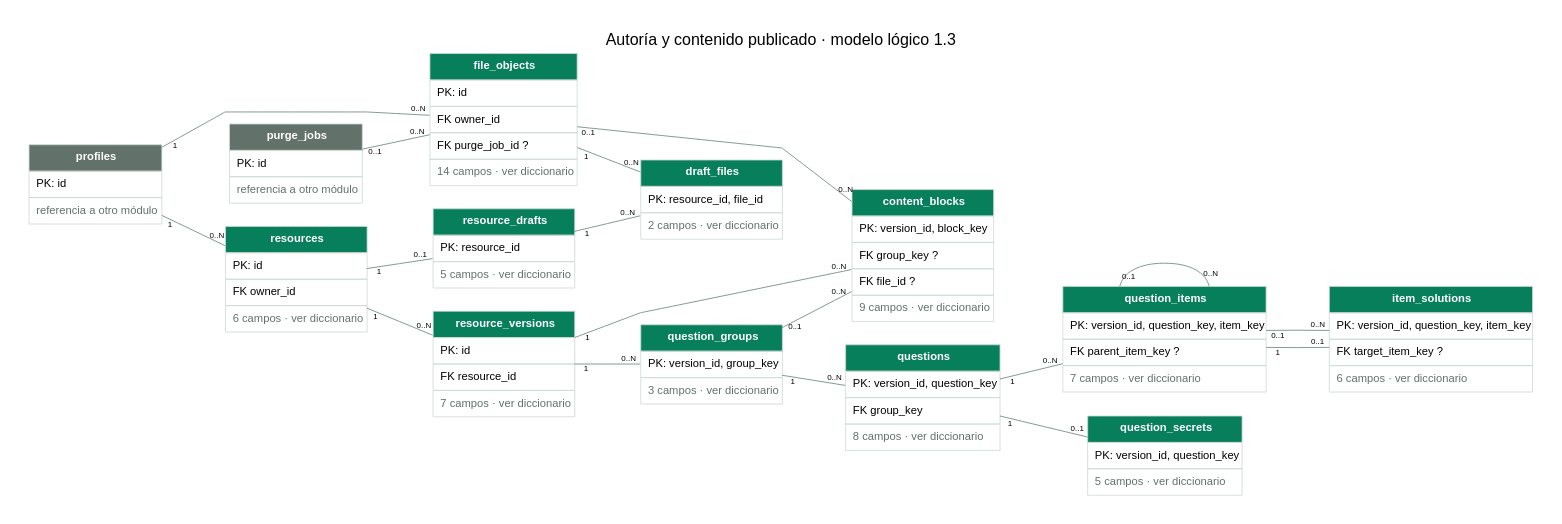
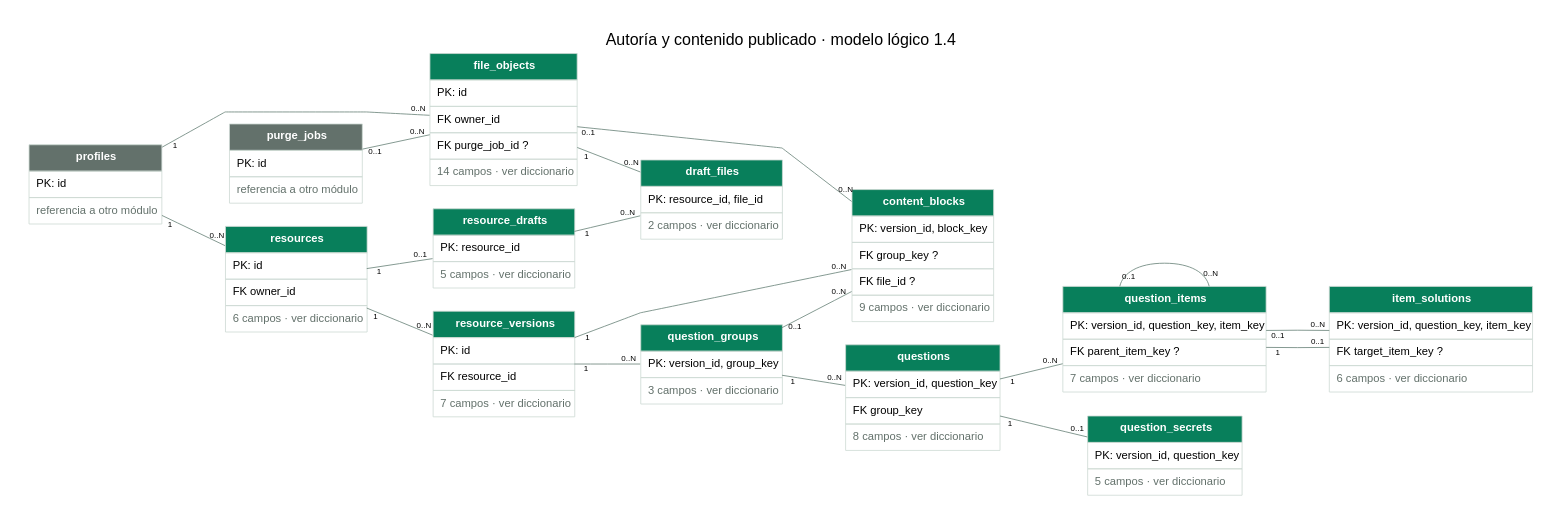
One commit to CubeFreaKLab/aulify changed the diagram in docs/modelado/diagramas/02-autoria.dot. Above: the diagram before and after it, drawn with Graphviz. The commit also changed 85 other files, not shown here.

```diff
--- a/docs/modelado/diagramas/02-autoria.dot
+++ b/docs/modelado/diagramas/02-autoria.dot
@@ -1,35 +1,35 @@
 digraph modelo {
-graph [rankdir=LR, bgcolor="#ffffff", pad=0.4, nodesep=0.4, ranksep=1.1, splines=polyline, fontname="Arial", fontsize=20, labelloc=t, label="Autoría y contenido publicado · modelo lógico 1.3"];
+graph [rankdir=LR, bgcolor="#ffffff", pad=0.4, nodesep=0.4, ranksep=1.1, splines=polyline, fontname="Arial", fontsize=20, labelloc=t, label="Autoría y contenido publicado · modelo lógico 1.4"];
 node [shape=plain, fontname="Arial"];
 edge [fontname="Arial", fontsize=10, color="#668076", arrowsize=0.6];
 "content_blocks" [label=<<TABLE BORDER="0" CELLBORDER="1" CELLSPACING="0" CELLPADDING="8" COLOR="#CDDAD4"><TR><TD BGCOLOR="#087F5B"><FONT COLOR="white"><B>content_blocks</B></FONT></TD></TR><TR><TD ALIGN="LEFT">PK: version_id, block_key</TD></TR><TR><TD ALIGN="LEFT">FK group_key ?</TD></TR><TR><TD ALIGN="LEFT">FK file_id ?</TD></TR><TR><TD ALIGN="LEFT"><FONT COLOR="#63716B">9 campos · ver diccionario</FONT></TD></TR></TABLE>>];
 "draft_files" [label=<<TABLE BORDER="0" CELLBORDER="1" CELLSPACING="0" CELLPADDING="8" COLOR="#CDDAD4"><TR><TD BGCOLOR="#087F5B"><FONT COLOR="white"><B>draft_files</B></FONT></TD></TR><TR><TD ALIGN="LEFT">PK: resource_id, file_id</TD></TR><TR><TD ALIGN="LEFT"><FONT COLOR="#63716B">2 campos · ver diccionario</FONT></TD></TR></TABLE>>];
 "file_objects" [label=<<TABLE BORDER="0" CELLBORDER="1" CELLSPACING="0" CELLPADDING="8" COLOR="#CDDAD4"><TR><TD BGCOLOR="#087F5B"><FONT COLOR="white"><B>file_objects</B></FONT></TD></TR><TR><TD ALIGN="LEFT">PK: id</TD></TR><TR><TD ALIGN="LEFT">FK owner_id</TD></TR><TR><TD ALIGN="LEFT">FK purge_job_id ?</TD></TR><TR><TD ALIGN="LEFT"><FONT COLOR="#63716B">14 campos · ver diccionario</FONT></TD></TR></TABLE>>];
 "item_solutions" [label=<<TABLE BORDER="0" CELLBORDER="1" CELLSPACING="0" CELLPADDING="8" COLOR="#CDDAD4"><TR><TD BGCOLOR="#087F5B"><FONT COLOR="white"><B>item_solutions</B></FONT></TD></TR><TR><TD ALIGN="LEFT">PK: version_id, question_key, item_key</TD></TR><TR><TD ALIGN="LEFT">FK target_item_key ?</TD></TR><TR><TD ALIGN="LEFT"><FONT COLOR="#63716B">6 campos · ver diccionario</FONT></TD></TR></TABLE>>];
 "profiles" [label=<<TABLE BORDER="0" CELLBORDER="1" CELLSPACING="0" CELLPADDING="8" COLOR="#CDDAD4"><TR><TD BGCOLOR="#63716B"><FONT COLOR="white"><B>profiles</B></FONT></TD></TR><TR><TD ALIGN="LEFT">PK: id</TD></TR><TR><TD><FONT COLOR="#63716B">referencia a otro módulo</FONT></TD></TR></TABLE>>];
 "purge_jobs" [label=<<TABLE BORDER="0" CELLBORDER="1" CELLSPACING="0" CELLPADDING="8" COLOR="#CDDAD4"><TR><TD BGCOLOR="#63716B"><FONT COLOR="white"><B>purge_jobs</B></FONT></TD></TR><TR><TD ALIGN="LEFT">PK: id</TD></TR><TR><TD><FONT COLOR="#63716B">referencia a otro módulo</FONT></TD></TR></TABLE>>];
 "question_groups" [label=<<TABLE BORDER="0" CELLBORDER="1" CELLSPACING="0" CELLPADDING="8" COLOR="#CDDAD4"><TR><TD BGCOLOR="#087F5B"><FONT COLOR="white"><B>question_groups</B></FONT></TD></TR><TR><TD ALIGN="LEFT">PK: version_id, group_key</TD></TR><TR><TD ALIGN="LEFT"><FONT COLOR="#63716B">3 campos · ver diccionario</FONT></TD></TR></TABLE>>];
 "question_items" [label=<<TABLE BORDER="0" CELLBORDER="1" CELLSPACING="0" CELLPADDING="8" COLOR="#CDDAD4"><TR><TD BGCOLOR="#087F5B"><FONT COLOR="white"><B>question_items</B></FONT></TD></TR><TR><TD ALIGN="LEFT">PK: version_id, question_key, item_key</TD></TR><TR><TD ALIGN="LEFT">FK parent_item_key ?</TD></TR><TR><TD ALIGN="LEFT"><FONT COLOR="#63716B">7 campos · ver diccionario</FONT></TD></TR></TABLE>>];
 "question_secrets" [label=<<TABLE BORDER="0" CELLBORDER="1" CELLSPACING="0" CELLPADDING="8" COLOR="#CDDAD4"><TR><TD BGCOLOR="#087F5B"><FONT COLOR="white"><B>question_secrets</B></FONT></TD></TR><TR><TD ALIGN="LEFT">PK: version_id, question_key</TD></TR><TR><TD ALIGN="LEFT"><FONT COLOR="#63716B">5 campos · ver diccionario</FONT></TD></TR></TABLE>>];
 "questions" [label=<<TABLE BORDER="0" CELLBORDER="1" CELLSPACING="0" CELLPADDING="8" COLOR="#CDDAD4"><TR><TD BGCOLOR="#087F5B"><FONT COLOR="white"><B>questions</B></FONT></TD></TR><TR><TD ALIGN="LEFT">PK: version_id, question_key</TD></TR><TR><TD ALIGN="LEFT">FK group_key</TD></TR><TR><TD ALIGN="LEFT"><FONT COLOR="#63716B">8 campos · ver diccionario</FONT></TD></TR></TABLE>>];
 "resource_drafts" [label=<<TABLE BORDER="0" CELLBORDER="1" CELLSPACING="0" CELLPADDING="8" COLOR="#CDDAD4"><TR><TD BGCOLOR="#087F5B"><FONT COLOR="white"><B>resource_drafts</B></FONT></TD></TR><TR><TD ALIGN="LEFT">PK: resource_id</TD></TR><TR><TD ALIGN="LEFT"><FONT COLOR="#63716B">5 campos · ver diccionario</FONT></TD></TR></TABLE>>];
 "resource_versions" [label=<<TABLE BORDER="0" CELLBORDER="1" CELLSPACING="0" CELLPADDING="8" COLOR="#CDDAD4"><TR><TD BGCOLOR="#087F5B"><FONT COLOR="white"><B>resource_versions</B></FONT></TD></TR><TR><TD ALIGN="LEFT">PK: id</TD></TR><TR><TD ALIGN="LEFT">FK resource_id</TD></TR><TR><TD ALIGN="LEFT"><FONT COLOR="#63716B">7 campos · ver diccionario</FONT></TD></TR></TABLE>>];
 "resources" [label=<<TABLE BORDER="0" CELLBORDER="1" CELLSPACING="0" CELLPADDING="8" COLOR="#CDDAD4"><TR><TD BGCOLOR="#087F5B"><FONT COLOR="white"><B>resources</B></FONT></TD></TR><TR><TD ALIGN="LEFT">PK: id</TD></TR><TR><TD ALIGN="LEFT">FK owner_id</TD></TR><TR><TD ALIGN="LEFT"><FONT COLOR="#63716B">6 campos · ver diccionario</FONT></TD></TR></TABLE>>];
 "profiles" -> "file_objects" [dir=none, taillabel="1", headlabel="0..N", labeldistance=1.6];
 "purge_jobs" -> "file_objects" [dir=none, taillabel="0..1", headlabel="0..N", labeldistance=1.6];
 "profiles" -> "resources" [dir=none, taillabel="1", headlabel="0..N", labeldistance=1.6];
 "resources" -> "resource_drafts" [dir=none, taillabel="1", headlabel="0..1", labeldistance=1.6];
 "resource_drafts" -> "draft_files" [dir=none, taillabel="1", headlabel="0..N", labeldistance=1.6];
 "file_objects" -> "draft_files" [dir=none, taillabel="1", headlabel="0..N", labeldistance=1.6];
 "resources" -> "resource_versions" [dir=none, taillabel="1", headlabel="0..N", labeldistance=1.6];
 "resource_versions" -> "question_groups" [dir=none, taillabel="1", headlabel="0..N", labeldistance=1.6];
 "resource_versions" -> "content_blocks" [dir=none, taillabel="1", headlabel="0..N", labeldistance=1.6];
 "question_groups" -> "content_blocks" [dir=none, taillabel="0..1", headlabel="0..N", labeldistance=1.6];
 "file_objects" -> "content_blocks" [dir=none, taillabel="0..1", headlabel="0..N", labeldistance=1.6];
 "question_groups" -> "questions" [dir=none, taillabel="1", headlabel="0..N", labeldistance=1.6];
 "questions" -> "question_items" [dir=none, taillabel="1", headlabel="0..N", labeldistance=1.6];
 "question_items" -> "question_items" [dir=none, taillabel="0..1", headlabel="0..N", labeldistance=1.6];
 "questions" -> "question_secrets" [dir=none, taillabel="1", headlabel="0..1", labeldistance=1.6];
 "question_items" -> "item_solutions" [dir=none, taillabel="1", headlabel="0..1", labeldistance=1.6];
 "question_items" -> "item_solutions" [dir=none, taillabel="0..1", headlabel="0..N", labeldistance=1.6];
 }
```
